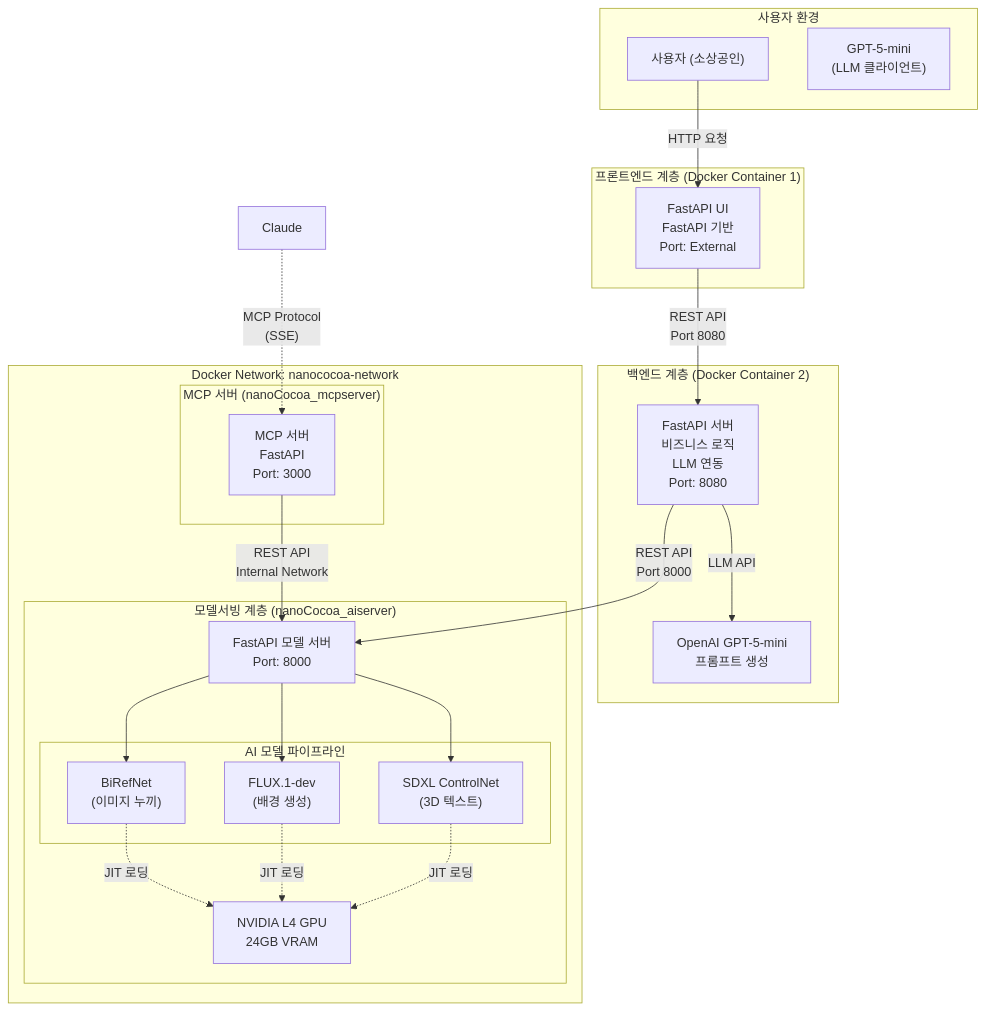
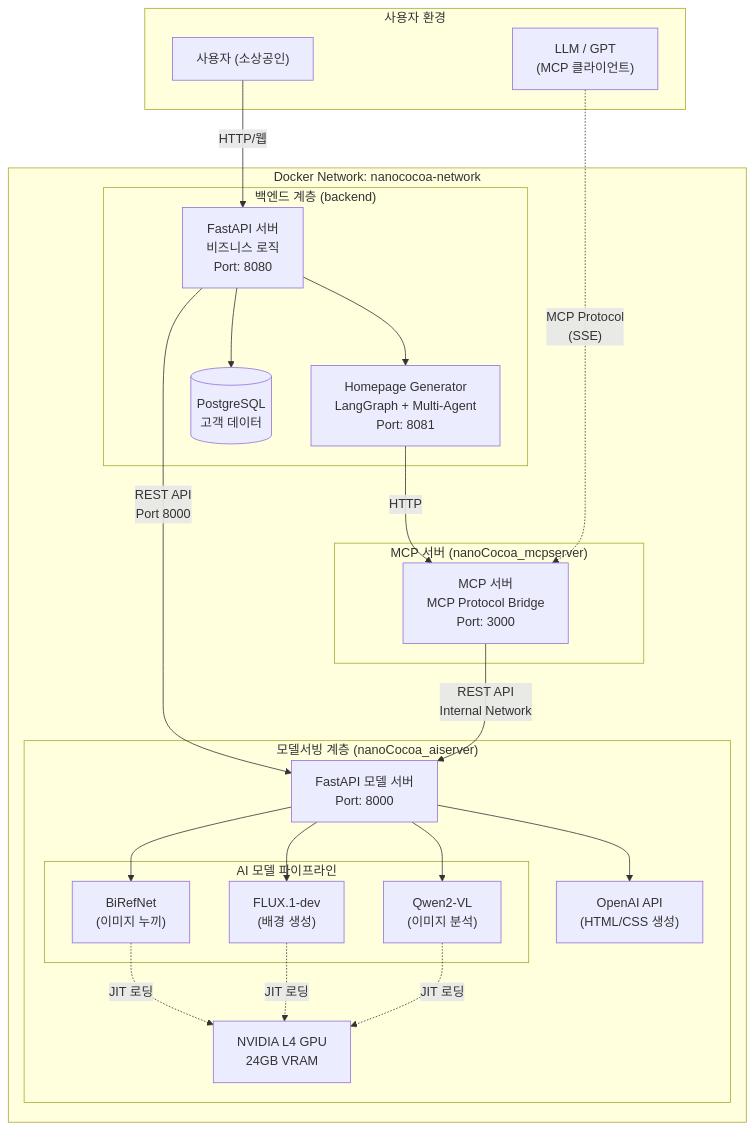
Before and after one commit to krapnuyij/codeit-ai-3team-ad-content: the first of 5 diagrams in docs/doc/아키텍처설계.md, drawn with Mermaid. The commit also changed other lines of this file and 8 other files, not shown here.

````diff
--- a/docs/doc/아키텍처설계.md
+++ b/docs/doc/아키텍처설계.md
@@ -51,65 +52,67 @@
 ```mermaid
 graph TB
     subgraph "사용자 환경"
         User["사용자 (소상공인)"]
-        GPT["GPT-5-mini
-(LLM 클라이언트)"]
-    end
-
-    subgraph "프론트엔드 계층 (Docker Container 1)"
-        Frontend["FastAPI UI
-FastAPI 기반
-Port: External"]
-    end
-
-    subgraph "백엔드 계층 (Docker Container 2)"
-        Backend["FastAPI 서버
-비즈니스 로직
-LLM 연동
-Port: 8080"]
-        LLM["OpenAI GPT-5-mini
-프롬프트 생성"]
+        LLMClient["LLM / GPT
+(MCP 클라이언트)"]
     end
 
     subgraph "Docker Network: nanococoa-network"
+        subgraph "백엔드 계층 (backend)"
+            Backend["FastAPI 서버
+비즈니스 로직
+Port: 8080"]
+            HPGen["Homepage Generator
+LangGraph + Multi-Agent
+Port: 8081"]
+            DB[("PostgreSQL
+고객 데이터")]
+        end
+
         subgraph "MCP 서버 (nanoCocoa_mcpserver)"
             MCPServer["MCP 서버
-FastAPI
+MCP Protocol Bridge
 Port: 3000"]
         end
 
         subgraph "모델서빙 계층 (nanoCocoa_aiserver)"
             ModelServer["FastAPI 모델 서버
 Port: 8000"]
 
             subgraph "AI 모델 파이프라인"
                 BiRefNet["BiRefNet
 (이미지 누끼)"]
                 FLUX["FLUX.1-dev
 (배경 생성)"]
-                SDXL["SDXL ControlNet
-(3D 텍스트)"]
+                Qwen["Qwen2-VL
+(이미지 분석)"]
             end
 
+            LLMText["OpenAI API
+(HTML/CSS 생성)"]
             GPU["NVIDIA L4 GPU
 24GB VRAM"]
         end
     end
 
-    User -->|HTTP 요청| Frontend
-    Frontend -->|"REST API
-Port 8080"| Backend
-    Backend -->|LLM API| LLM
+    User -->|HTTP/웹| Backend
+    Backend --> DB
+    Backend --> HPGen
+    HPGen -->|HTTP| MCPServer
     Backend -->|"REST API
 Port 8000"| ModelServer
-    Claude -.->|"MCP Protocol
+    
+    LLMClient -.->|"MCP Protocol
 (SSE)"| MCPServer
     MCPServer -->|"REST API
 Internal Network"| ModelServer
+    
     ModelServer --> BiRefNet
     ModelServer --> FLUX
-    ModelServer --> SDXL
+    ModelServer --> Qwen
+    ModelServer --> LLMText
+    
     BiRefNet -.->|JIT 로딩| GPU
     FLUX -.->|JIT 로딩| GPU
-    SDXL -.->|JIT 로딩| GPU
+    Qwen -.->|JIT 로딩| GPU
 ```
````
